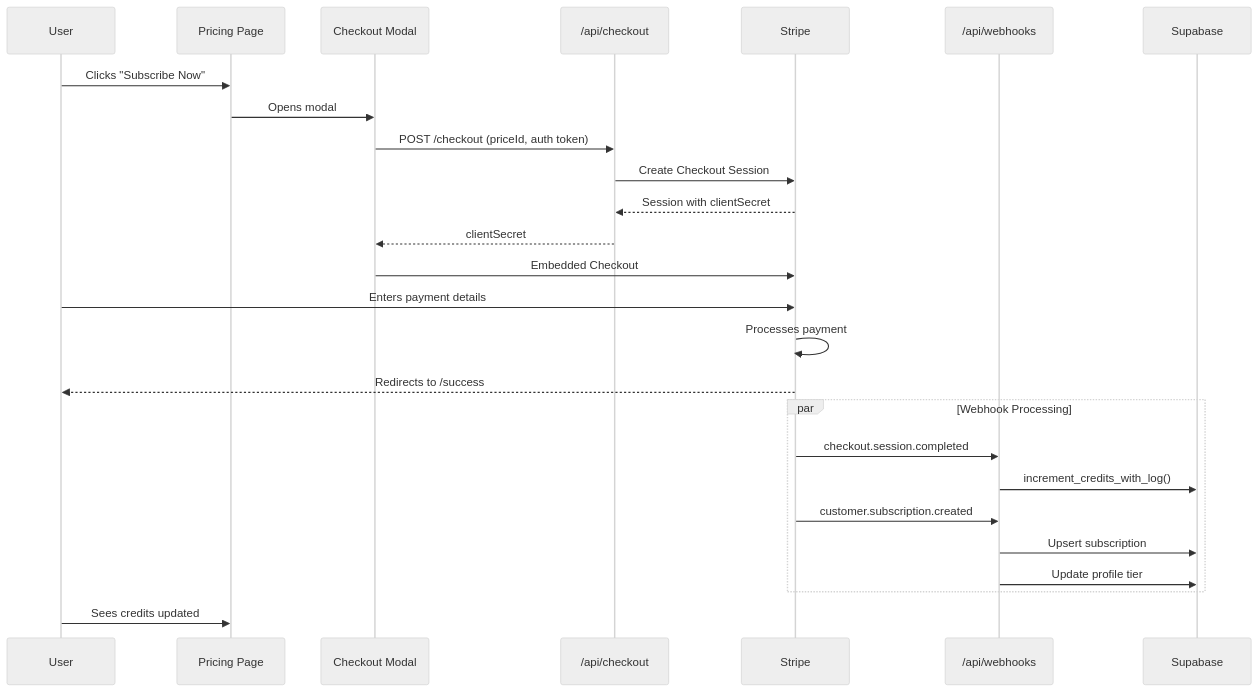
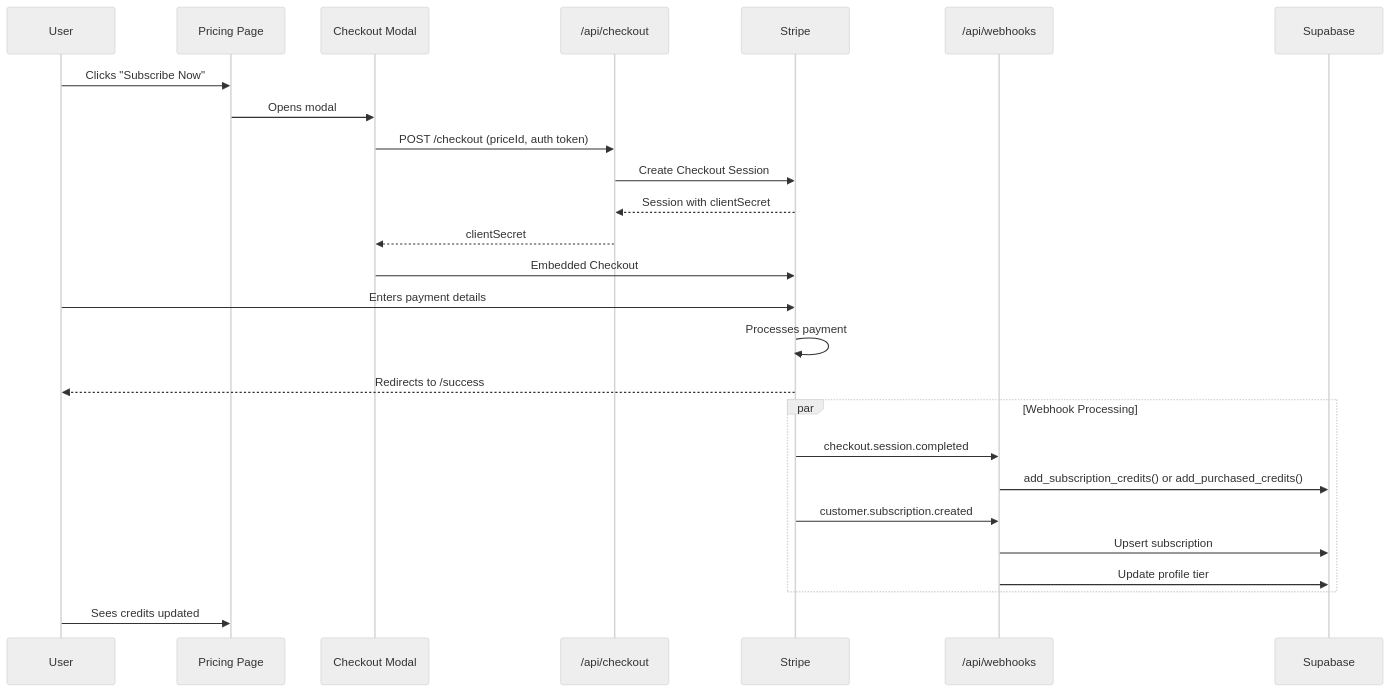
Before and after one commit to ColdstartLabs-ca/astro-saas-boilerplate: the second of 7 diagrams in docs/technical/systems/subscription-system.md, drawn with Mermaid (neutral theme). The commit also changed other lines of this file and 8 other files, not shown here.

````diff
--- a/docs/technical/systems/subscription-system.md
+++ b/docs/technical/systems/subscription-system.md
@@ -179,31 +158,31 @@
 ```mermaid
 sequenceDiagram
     participant U as User
     participant UI as Pricing Page
     participant CM as Checkout Modal
     participant API as /api/checkout
     participant S as Stripe
     participant WH as /api/webhooks
     participant DB as Supabase
 
     U->>UI: Clicks "Subscribe Now"
     UI->>CM: Opens modal
     CM->>API: POST /checkout (priceId, auth token)
     API->>S: Create Checkout Session
     S-->>API: Session with clientSecret
     API-->>CM: clientSecret
     CM->>S: Embedded Checkout
     U->>S: Enters payment details
     S->>S: Processes payment
     S-->>U: Redirects to /success
 
     par Webhook Processing
         S->>WH: checkout.session.completed
-        WH->>DB: increment_credits_with_log()
+        WH->>DB: add_subscription_credits() or add_purchased_credits()
         S->>WH: customer.subscription.created
         WH->>DB: Upsert subscription
         WH->>DB: Update profile tier
     end
 
     U->>UI: Sees credits updated
 ```
````
